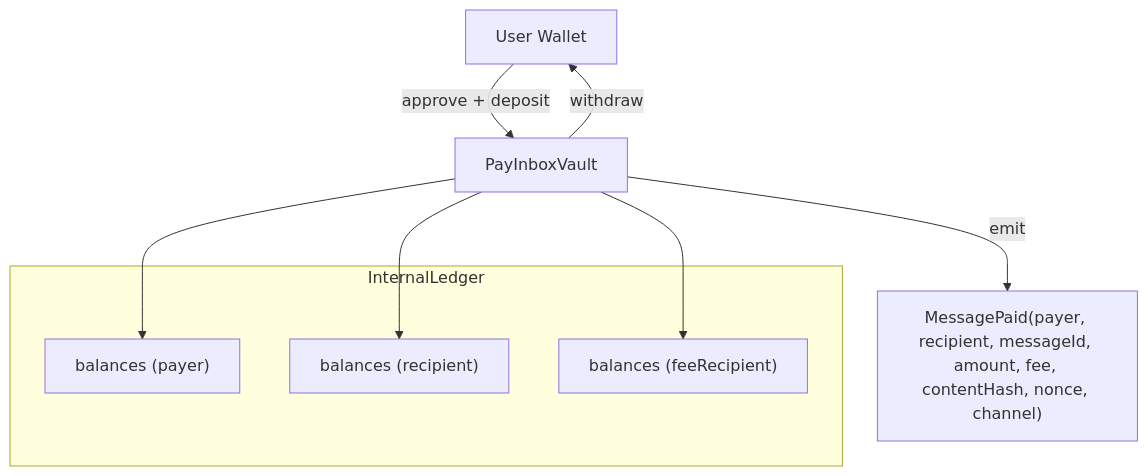
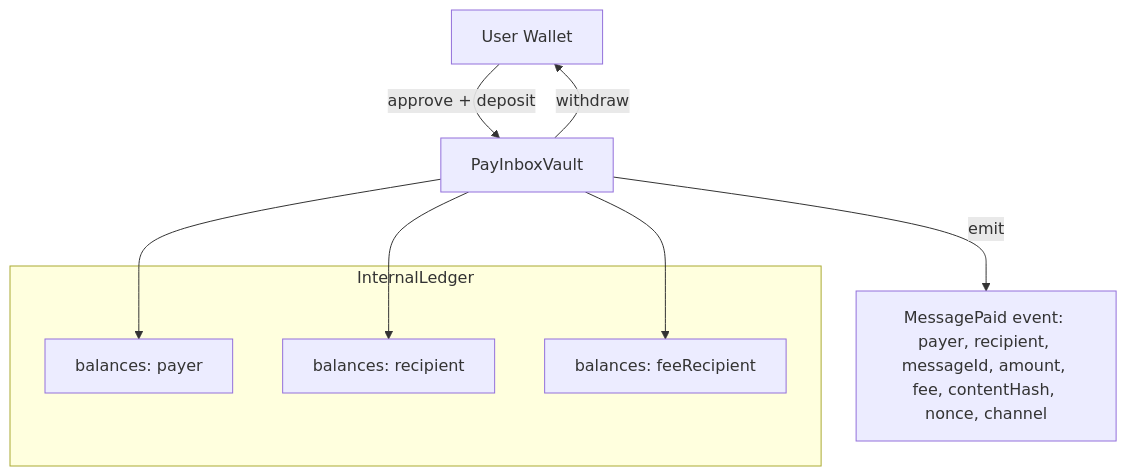
One commit to gary322/Multi-Messaging-Paid changed diagram 13 of 14 in README.md. Above: the diagram before and after it, drawn with Mermaid. The commit also changed other lines of this file, not shown here.

Commit message:
Docs: make all Mermaid diagrams GitHub-compatible

````diff
--- a/README.md
+++ b/README.md
@@ -817,17 +820,17 @@
 ```mermaid
 flowchart TB
   U[User Wallet] -->|approve + deposit| V[PayInboxVault]
   V -->|withdraw| U
 
   subgraph InternalLedger
-    B1["balances (payer)"]
-    B2["balances (recipient)"]
-    BF["balances (feeRecipient)"]
+    B1["balances: payer"]
+    B2["balances: recipient"]
+    BF["balances: feeRecipient"]
   end
 
   V --> B1
   V --> B2
   V --> BF
 
-  V -->|emit| E["MessagePaid(payer, recipient, messageId, amount, fee, contentHash, nonce, channel)"]
+  V -->|emit| E["MessagePaid event: payer, recipient, messageId, amount, fee, contentHash, nonce, channel"]
 ```
````
